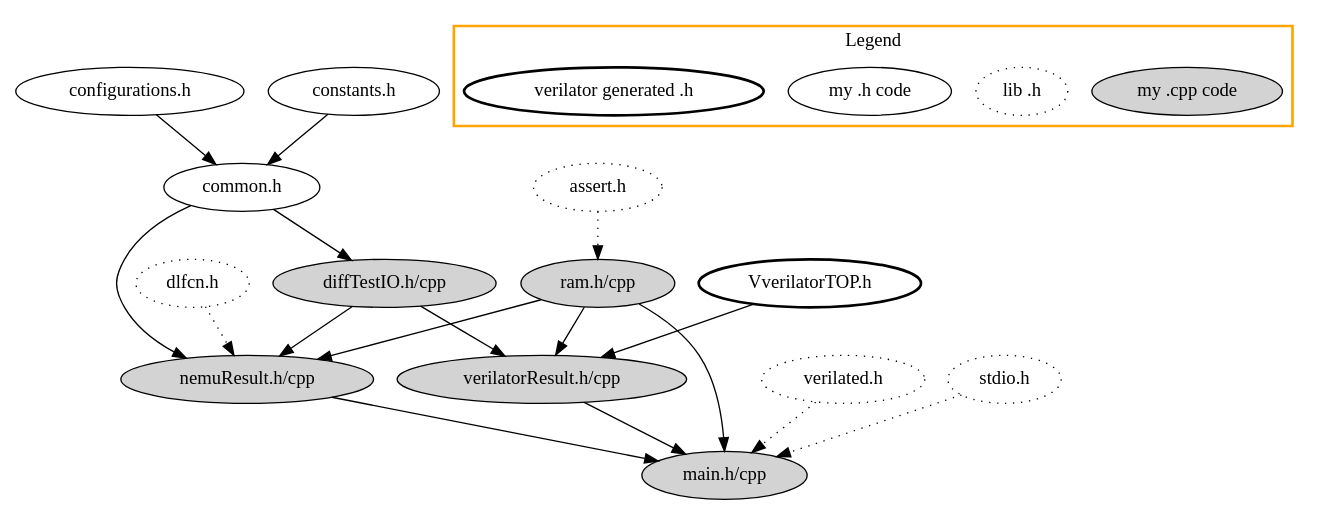
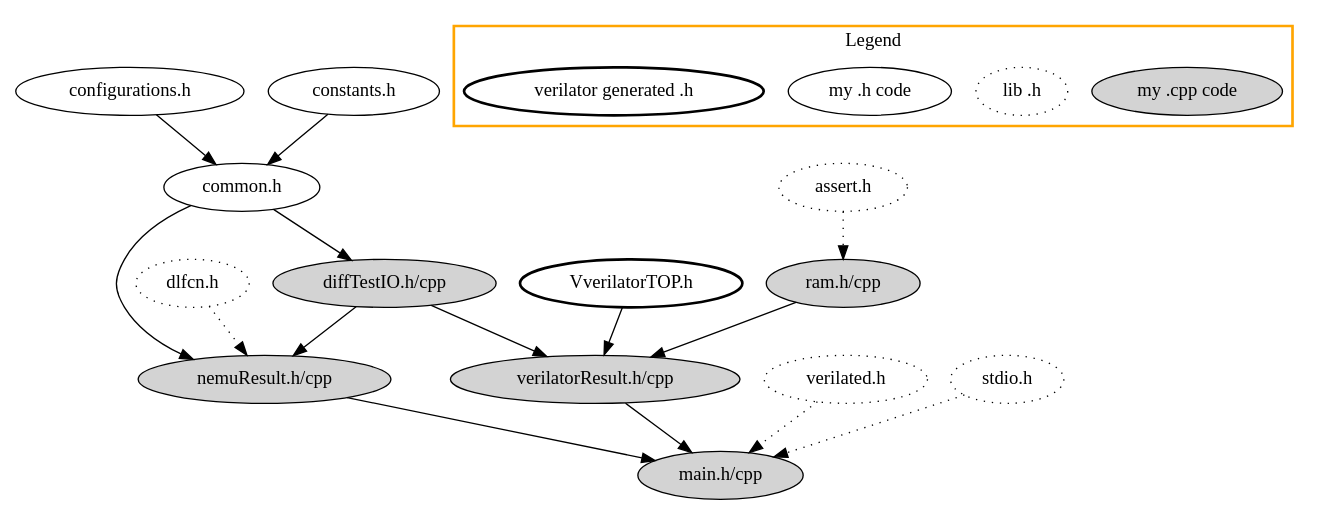
The diagram in documents/dependChain-verilator.gv (yuhengy/coredesign), drawn with Graphviz before and after one commit. The commit also changed 13 other files, not shown here.

Commit message:
REWRITE: for clarify,  rewrite the interference between `verilatorTOP` and `ram`

```diff
--- a/documents/dependChain-verilator.gv
+++ b/documents/dependChain-verilator.gv
@@ -1,48 +1,48 @@
 digraph G {
   "configurations.h" -> "common.h";
   "constants.h" -> "common.h";
   "common.h" -> "diffTestIO.h/cpp", "nemuResult.h/cpp";
   "diffTestIO.h/cpp" -> "verilatorResult.h/cpp", "nemuResult.h/cpp";
   "verilatorResult.h/cpp" -> "main.h/cpp";
 
   "VverilatorTOP.h" [style=bold];
   "VverilatorTOP.h" -> "verilatorResult.h/cpp";
 
   "nemuResult.h/cpp" [style=filled];
   "verilatorResult.h/cpp" [style=filled];
   "main.h/cpp" [style=filled];
   "ram.h/cpp" [style=filled];
   "diffTestIO.h/cpp" [style=filled];
 
 
   "verilated.h" [style=dotted];
   "dlfcn.h" [style=dotted];
   "stdio.h" [style=dotted];
   "assert.h" [style=dotted];
   "verilated.h" -> "main.h/cpp" [style=dotted];
   "dlfcn.h" -> "nemuResult.h/cpp" [style=dotted];
   "stdio.h" -> "main.h/cpp" [style=dotted];
   "assert.h" -> "ram.h/cpp" [style=dotted];
 
-  "ram.h/cpp" -> "main.h/cpp", "nemuResult.h/cpp", "verilatorResult.h/cpp";
+  "ram.h/cpp" -> "verilatorResult.h/cpp";
   "nemuResult.h/cpp" -> "main.h/cpp";
 
 
 
   // Legend
   subgraph cluster1 {
     "my .cpp code" [style=filled];
     "lib .h" [style=dotted];
     "my .h code";
     "verilator generated .h" [style=bold];
 
     label = "Legend";
     style=bold;
     color = "orange";
   }
 }
 
 // TODO: 1. Add verilator generated .cpp files as a node.
 //          The intrinsic problem is we cannot draw a node with `style=filled+bold`
 //       2. Add a node represent runnable, which is arrowed by all .cpp.
 //          This can only be done after solve TODO1.
```
